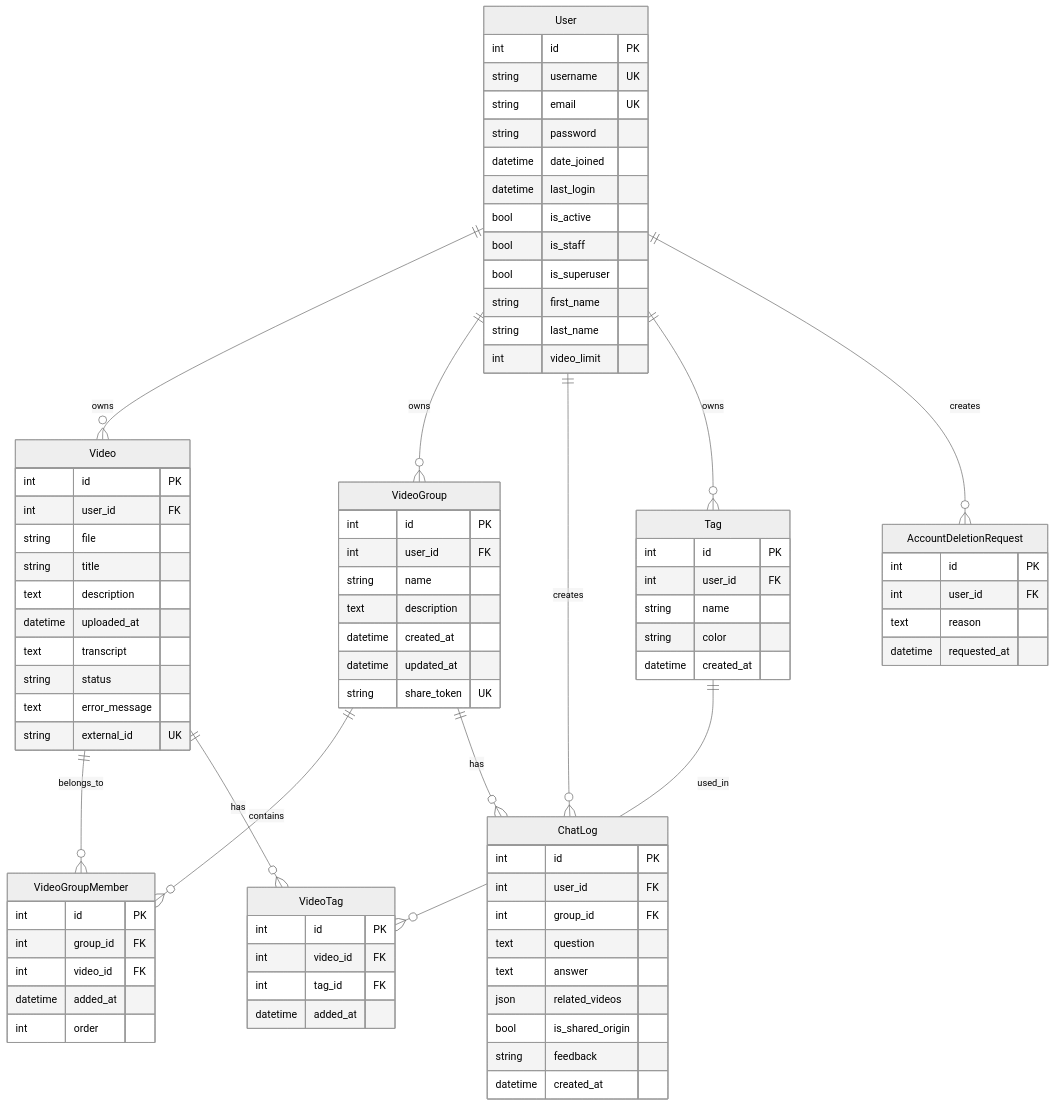
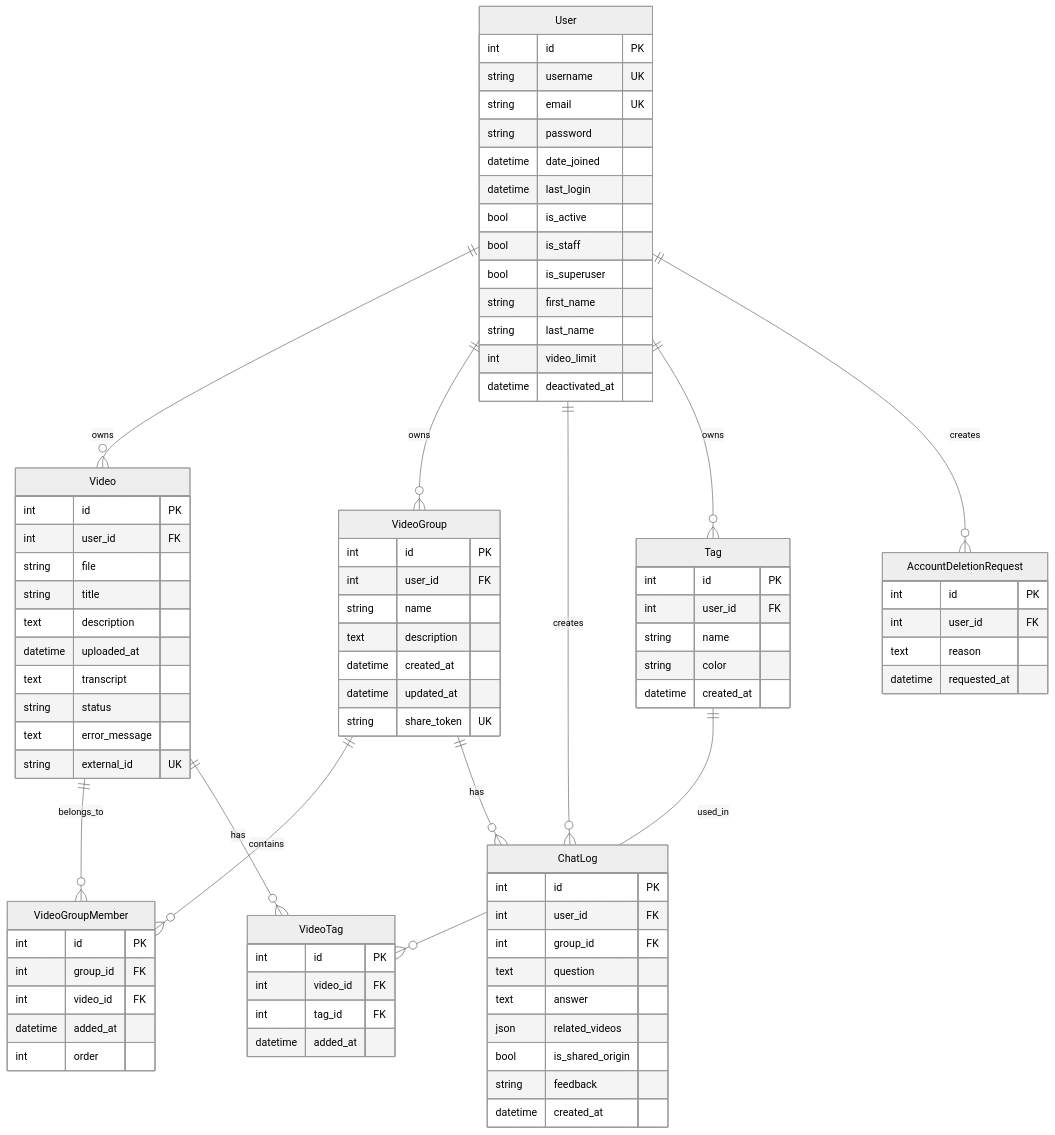
Before and after one commit to yukiharada1228/videoq: the diagram in docs/database/er-diagram.md, drawn with Mermaid (neutral theme). The commit also changed other lines of this file and 13 other files, not shown here.

Commit message:
docs: update diagrams for account deactivation

```diff
--- a/docs/database/er-diagram.md
+++ b/docs/database/er-diagram.md
@@ -32,6 +32,7 @@
         string first_name
         string last_name
         int video_limit
+        datetime deactivated_at
     }
     
     Video {
```
